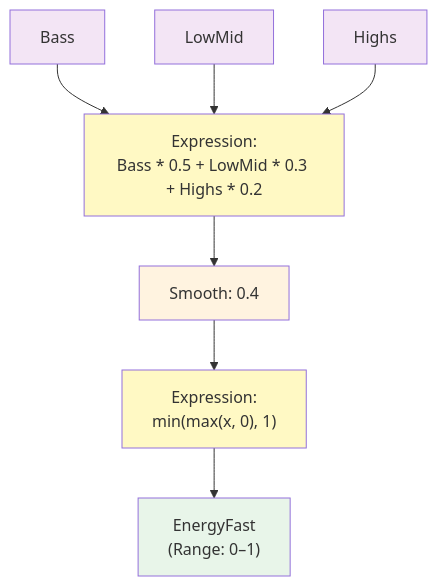
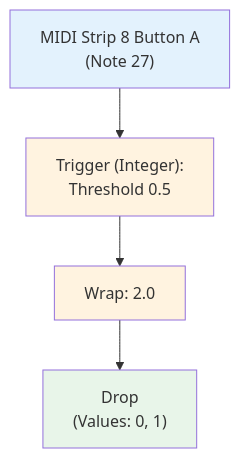
The fifth of 17 diagrams in docs/mmv-master-pipeline-guide.md (abossard/synesthesia-visuals), drawn with Mermaid before and after one commit. The commit also changed other lines of this file, not shown here.

````diff
--- a/docs/mmv-master-pipeline-guide.md
+++ b/docs/mmv-master-pipeline-guide.md
@@ -317,18 +186,11 @@
 ```mermaid
 flowchart TD
-    BASS_IN["Bass"] --> EXPR_E1["Expression:<br/>Bass * 0.5 + LowMid * 0.3 + Highs * 0.2"]
-    LOWMID_IN["LowMid"] --> EXPR_E1
-    HIGHS_IN["Highs"] --> EXPR_E1
+    MIDI_D["MIDI Strip 8 Button A<br/>(Note 27)"] --> TRIG_D["Trigger (Integer):<br/>Threshold 0.5"]
+    TRIG_D --> WRAP_D["Wrap: 2.0"]
+    WRAP_D --> DROP["Drop<br/>(Values: 0, 1)"]
     
-    EXPR_E1 --> SMOOTH_E1["Smooth: 0.4"]
-    SMOOTH_E1 --> EXPR_E2["Expression:<br/>min(max(x, 0), 1)"]
-    EXPR_E2 --> ENERGY_FAST["EnergyFast<br/>(Range: 0–1)"]
-    
-    style BASS_IN fill:#f3e5f5
-    style LOWMID_IN fill:#f3e5f5
-    style HIGHS_IN fill:#f3e5f5
-    style EXPR_E1 fill:#fff9c4
-    style SMOOTH_E1 fill:#fff3e0
-    style EXPR_E2 fill:#fff9c4
-    style ENERGY_FAST fill:#e8f5e9
+    style MIDI_D fill:#e3f2fd
+    style TRIG_D fill:#fff3e0
+    style WRAP_D fill:#fff3e0
+    style DROP fill:#e8f5e9
 ```
````
